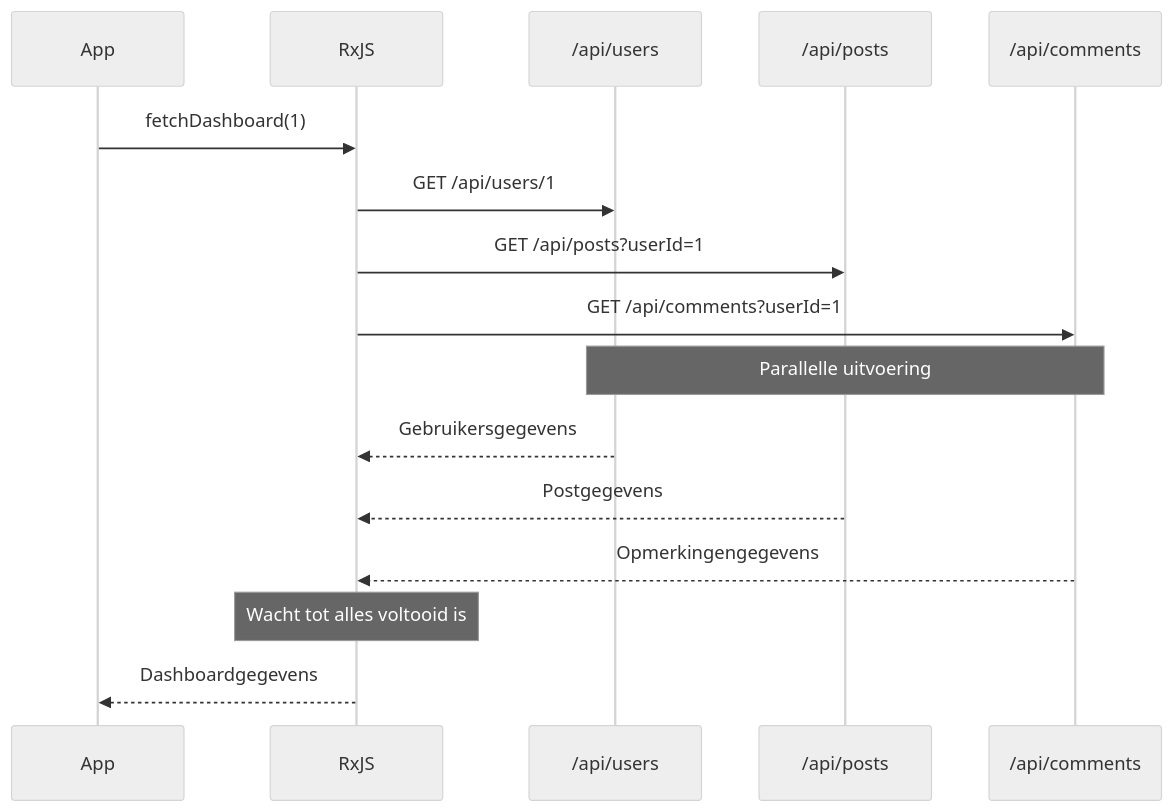
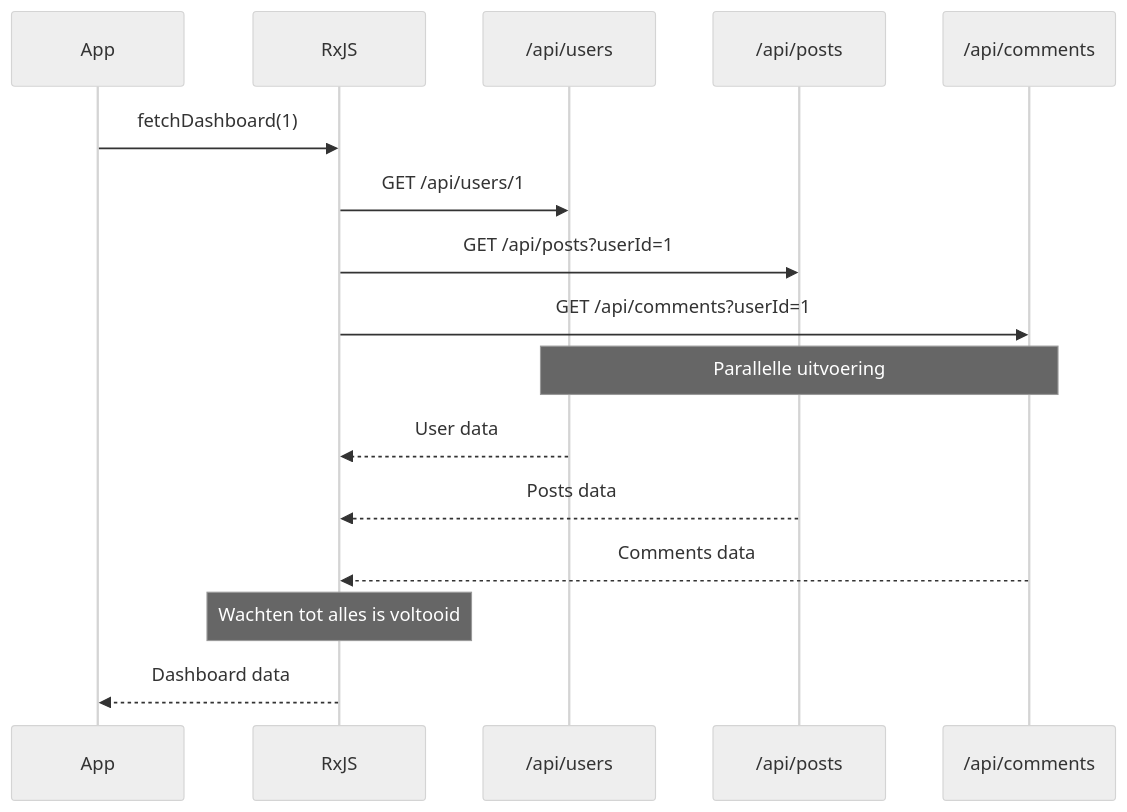
One commit to shuji-bonji/RxJS-with-TypeScript changed the first of 2 diagrams in docs/nl/guide/practical-patterns/api-calls.md. Above: the diagram before and after it, drawn with Mermaid (neutral theme). The commit also changed other lines of this file and 61 other files, not shown here.

````diff
--- a/docs/nl/guide/practical-patterns/api-calls.md
+++ b/docs/nl/guide/practical-patterns/api-calls.md
@@ -259,23 +421,23 @@
 ```mermaid
 sequenceDiagram
     participant App
     participant RxJS
     participant API1 as /api/users
     participant API2 as /api/posts
     participant API3 as /api/comments
 
     App->>RxJS: fetchDashboard(1)
     RxJS->>API1: GET /api/users/1
     RxJS->>API2: GET /api/posts?userId=1
     RxJS->>API3: GET /api/comments?userId=1
 
     Note over API1,API3: Parallelle uitvoering
 
-    API1-->>RxJS: Gebruikersgegevens
-    API2-->>RxJS: Postgegevens
-    API3-->>RxJS: Opmerkingengegevens
+    API1-->>RxJS: User data
+    API2-->>RxJS: Posts data
+    API3-->>RxJS: Comments data
 
-    Note over RxJS: Wacht tot alles voltooid is
+    Note over RxJS: Wachten tot alles is voltooid
 
-    RxJS-->>App: Dashboardgegevens
+    RxJS-->>App: Dashboard data
 ```
````
